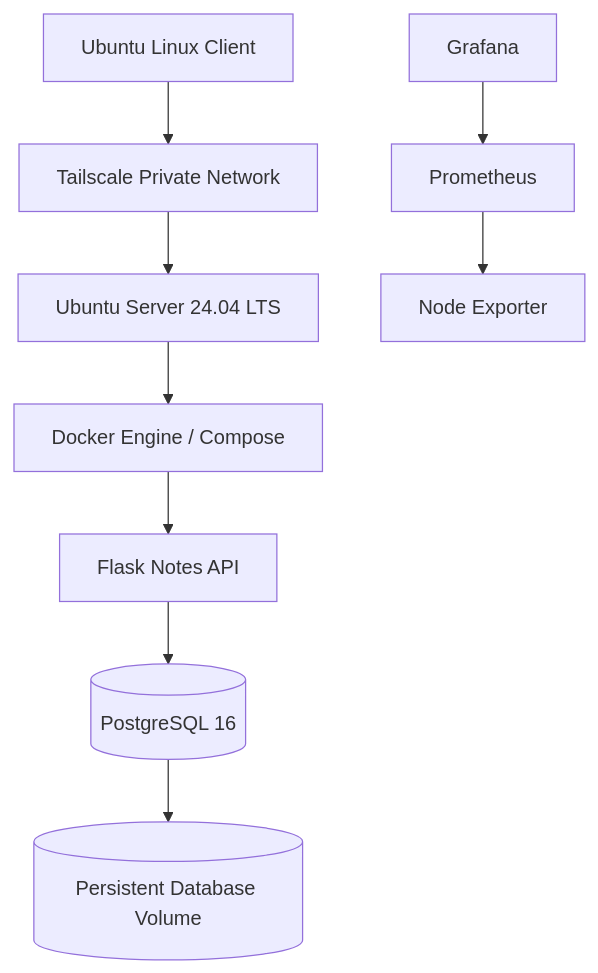
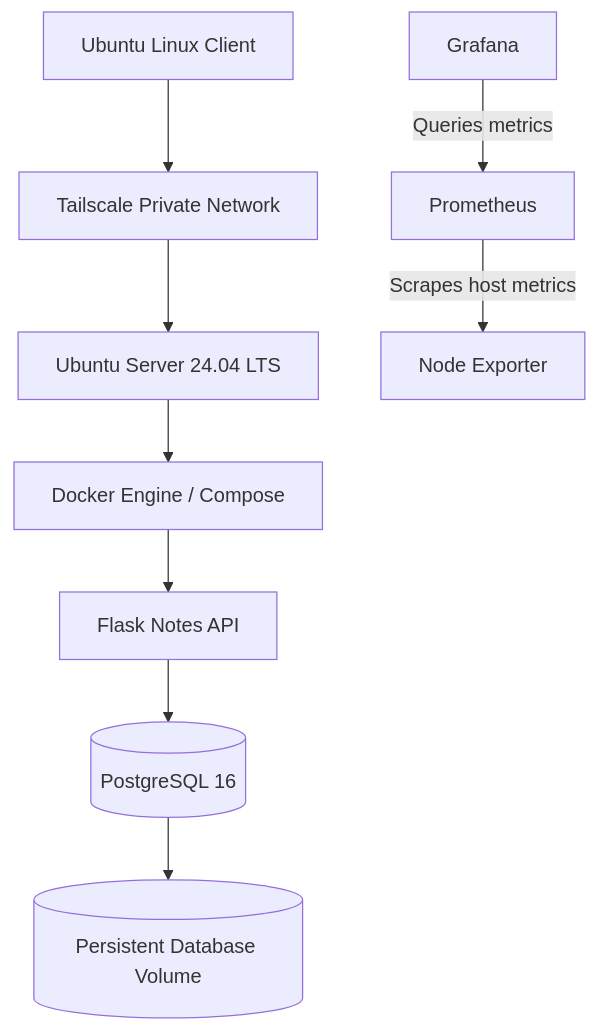
Before and after one commit to SufiyanKhanCloud/homelab-devops-labs: the first of 2 diagrams in README.md, drawn with Mermaid. The commit also changed other lines of this file, not shown here.

````diff
--- a/README.md
+++ b/README.md
@@ -25,25 +25,25 @@
 ```mermaid
 flowchart TD
     Client["Ubuntu Linux Client"]
     VPN["Tailscale Private Network"]
     Server["Ubuntu Server 24.04 LTS"]
     Docker["Docker Engine / Compose"]
 
     App["Flask Notes API"]
     DB[("PostgreSQL 16")]
     Volume[("Persistent Database Volume")]
 
     Prom["Prometheus"]
     Node["Node Exporter"]
     Grafana["Grafana"]
 
     Client --> VPN
     VPN --> Server
     Server --> Docker
     Docker --> App
     App --> DB
     DB --> Volume
 
-    Prom --> Node
-    Grafana --> Prom
+    Prom -->|"Scrapes host metrics"| Node
+    Grafana -->|"Queries metrics"| Prom
 ```
````
